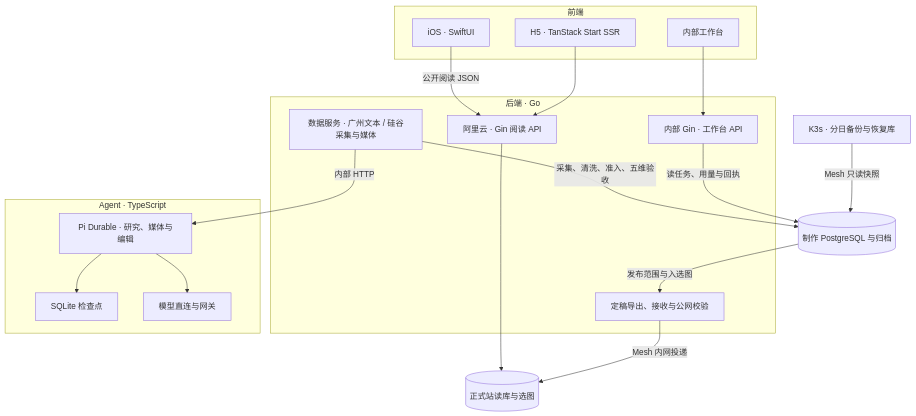
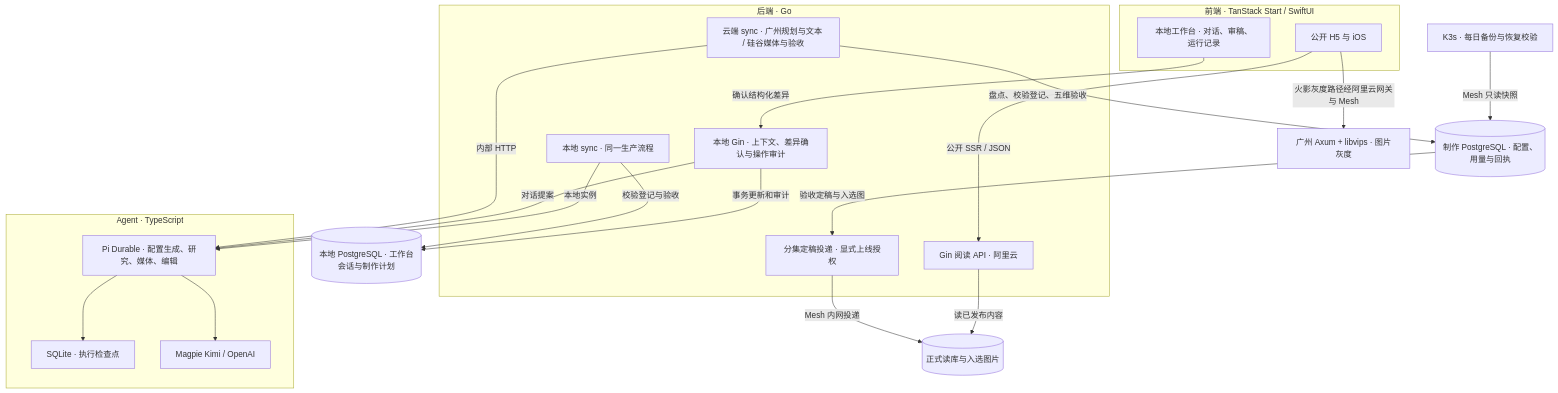
Before and after one commit to bluedao10000/player: the diagram in docs/architecture.mmd, drawn with Mermaid. The commit also changed 22 other files, not shown here.

Commit message:
Update architecture diagrams for episode production and rollout

```diff
--- a/docs/architecture.mmd
+++ b/docs/architecture.mmd
@@ -1,45 +1,52 @@
 flowchart TB
-  subgraph front["前端"]
-    h5["H5 · TanStack Start SSR"]
-    ios["iOS · SwiftUI"]
-    bench["内部工作台"]
+  subgraph front["前端 · TanStack Start / SwiftUI"]
+    readers["公开 H5 与 iOS"]
+    bench["本地工作台 · 对话、审稿、运行记录"]
   end
   subgraph backend["后端 · Go"]
-    api["阿里云 · Gin 阅读 API"]
-    admin["内部 Gin · 工作台 API"]
-    worker["数据服务 · 广州文本 / 硅谷采集与媒体"]
-    publish["定稿导出、接收与公网校验"]
+    api["Gin 阅读 API · 阿里云"]
+    admin["本地 Gin · 上下文、差异确认与操作审计"]
+    localsync["本地 sync · 同一生产流程"]
+    sync["云端 sync · 广州规划与文本 / 硅谷媒体与验收"]
+    publish["分集定稿投递 · 显式上线授权"]
   end
   subgraph agents["Agent · TypeScript"]
-    pi["Pi Durable · 研究、媒体与编辑"]
-    state["SQLite 检查点"]
-    models["模型直连与网关"]
+    pi["Pi Durable · 配置生成、研究、媒体、编辑"]
+    state["SQLite · 执行检查点"]
+    models["Magpie Kimi / OpenAI"]
   end
-  pg[("制作 PostgreSQL 与归档")]
-  online[("正式站读库与选图")]
-  backup["K3s · 分日备份与恢复库"]
-  h5 --> api
-  ios -->|公开阅读 JSON| api
-  bench --> admin
-  admin -->|读任务、用量与回执| pg
-  worker -->|采集、清洗、准入、五维验收| pg
-  worker -->|内部 HTTP| pi
+  pg[("制作 PostgreSQL · 配置、用量与回执")]
+  local[("本地 PostgreSQL · 工作台会话与制作计划")]
+  online[("正式读库与入选图片")]
+  media["广州 Axum + libvips · 图片灰度"]
+  backup["K3s · 每日备份与恢复校验"]
+  readers -->|公开 SSR / JSON| api
+  api -->|读已发布内容| online
+  bench -->|确认结构化差异| admin
+  admin -->|事务更新和审计| local
+  localsync -->|校验登记与验收| local
+  localsync -->|本地实例| pi
+  admin -->|对话提案| pi
+  sync -->|盘点、校验登记、五维验收| pg
+  sync -->|内部 HTTP| pi
   pi --> state
   pi --> models
-  pg -->|发布范围与入选图| publish
+  pg -->|验收定稿与入选图| publish
   publish -->|Mesh 内网投递| online
-  api --> online
+  readers -->|火影灰度路径经阿里云网关与 Mesh| media
   backup -->|Mesh 只读快照| pg
-%% h5 | 服务器端 loader 获取作品、角色、章节和场景。 | apps/web/src/features/worlds/api.ts
-%% ios | SwiftUI 使用正式站公开 JSON，支持从场景回到段落。 | apps/ios/server/reader.server.ts
-%% bench | 观察来源、选题、编辑与发布结果。 | apps/web/src/features/workbench/feed.ts
+%% readers | H5 服务端与 iOS 共享公开阅读契约和段落锚点。 | apps/ios/server/reader.server.ts
+%% bench | 本地对话可跟踪分集状态及确认修改，并保留原有人工审稿。 | apps/web/src/routes/workbench.tsx
 %% api | 在线 Gin 提供正式站公开读模型和读者业务。 | apps/api/internal/handler/knowledge/world_api.go
-%% admin | 管理接口读取制作库的补集、模型用量及投递历史。 | apps/api/internal/handler/knowledge/usage.go
-%% worker | 两类调度器从共享 PostgreSQL 领取任务。 | apps/sync/internal/service/scheduler/production.go
-%% publish | timer 驱动跨库投递，接收端按源定稿指纹幂等。 | apps/sync/cmd/reader-release/main.go
-%% pi | 工具编排及模型步骤由 Pi Durable 执行。 | apps/agent/src/server.ts
-%% state | Pi 保存恢复执行所需的检查点。 | compose.yaml
-%% models | Kimi 文本走 Magpie，硅谷使用 OpenAI 图像和视觉模型。 | docs/模型用量与计费.md
-%% pg | 广州持有制作数据库，候选与已选媒体文件存于硅谷。 | docs/部署架构.md
+%% admin | Gin 从业务数据生成差异，确认后做版本校验、写事务及审计。 | apps/api/internal/handler/knowledge/chat.go
+%% localsync | 本地 Compose 的 sync、数据库和 Pi 实例互相配合。 | deploy/docker-compose.yml
+%% sync | 广州校验缺口并自动登记配置，硅谷执行媒体处理与五维验收。本地 Compose 运行同样的业务代码。 | apps/sync/internal/service/scheduler/production.go
+%% publish | 仅投递有明确上线授权的定稿，接收端按指纹幂等。 | apps/sync/cmd/reader-release/main.go
+%% pi | Pi 根据已登记来源模板生成分集配置，执行取证、写作、出图、验图和编辑。 | apps/agent/src/server.ts
+%% state | Pi 保存恢复执行所需的检查点。 | deploy/docker-compose.yml
+%% models | 文本走 Magpie Kimi，硅谷使用 OpenAI 图像和视觉模型。 | docs/模型用量与计费.md
+%% pg | 广州制作库保存业务事实、配置快照、预算、五维验收和发布回执。 | database/migrations/init.sql
+%% local | 本地工作台会话、结构化提案与计划不向公网开放。 | apps/web/src/features/workbench/local.ts
 %% online | 阿里云在一个事务中安装单集投影并记录回执。 | apps/api/internal/repository/queries/release/queries.queries
-%% backup | 从同一源快照导出、恢复并逐表核对，成功后切换库名。 | deploy/pg-backup/backup.sh
+%% media | 广州负责《火影忍者》试点图分发，其他作品继续读取正式站归档。 | apps/sync/ops/image-import/README.md
+%% backup | 从同一源快照导出、恢复并逐表核对。 | deploy/pg-backup/backup.sh
```
